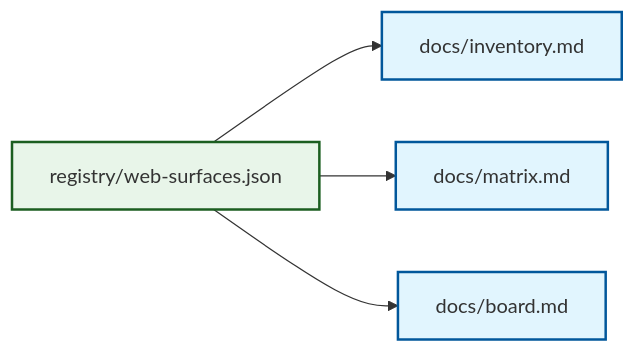
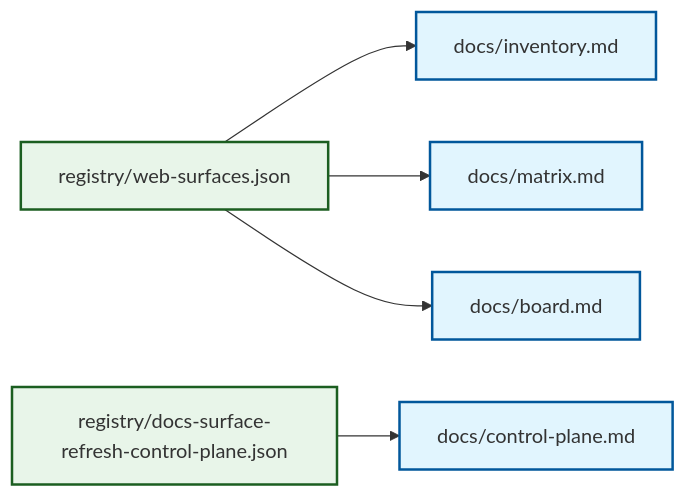
The diagram in README.md (OpenSIN-AI/OpenSIN-Web-Surface-Plan), drawn with Mermaid before and after one commit. The commit also changed other lines of this file, not shown here.

First line of the commit message:
docs: surface control-plane workflow in readme

````diff
--- a/README.md
+++ b/README.md
@@ -52,12 +53,13 @@
 ```mermaid
 flowchart LR
   Registry["registry/web-surfaces.json"] --> Inventory["docs/inventory.md"]
   Registry --> Matrix["docs/matrix.md"]
   Registry --> Board["docs/board.md"]
+  ControlPlane["registry/docs-surface-refresh-control-plane.json"] --> ProgramDoc["docs/control-plane.md"]
 
   classDef core fill:#e8f5e9,stroke:#1b5e20,stroke-width:2px
   classDef view fill:#e1f5fe,stroke:#01579b,stroke-width:2px
 
-  class Registry core
-  class Inventory,Matrix,Board view
+  class Registry,ControlPlane core
+  class Inventory,Matrix,Board,ProgramDoc view
 ```
````
